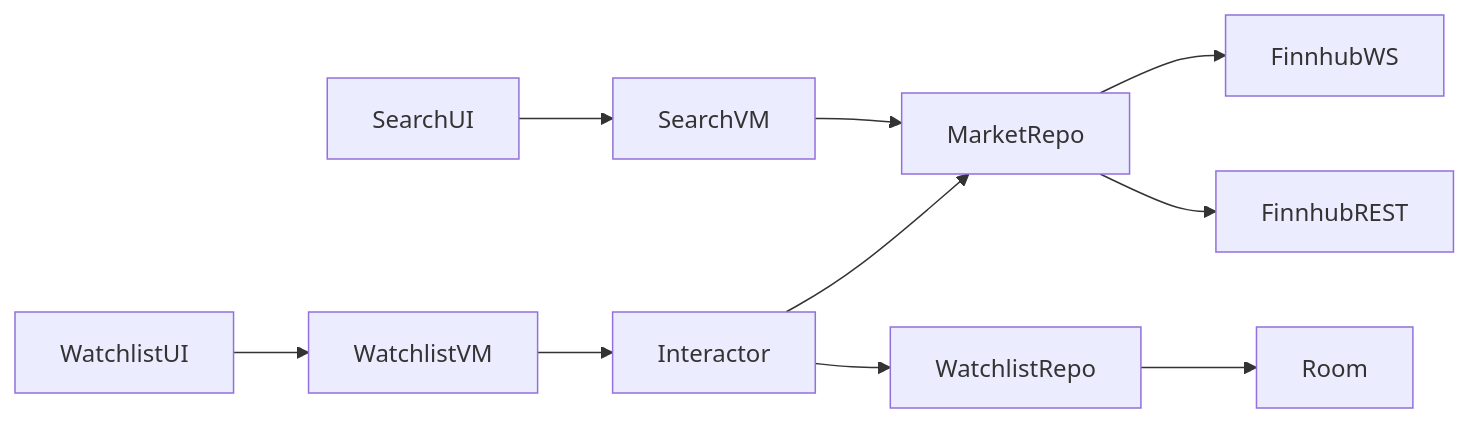
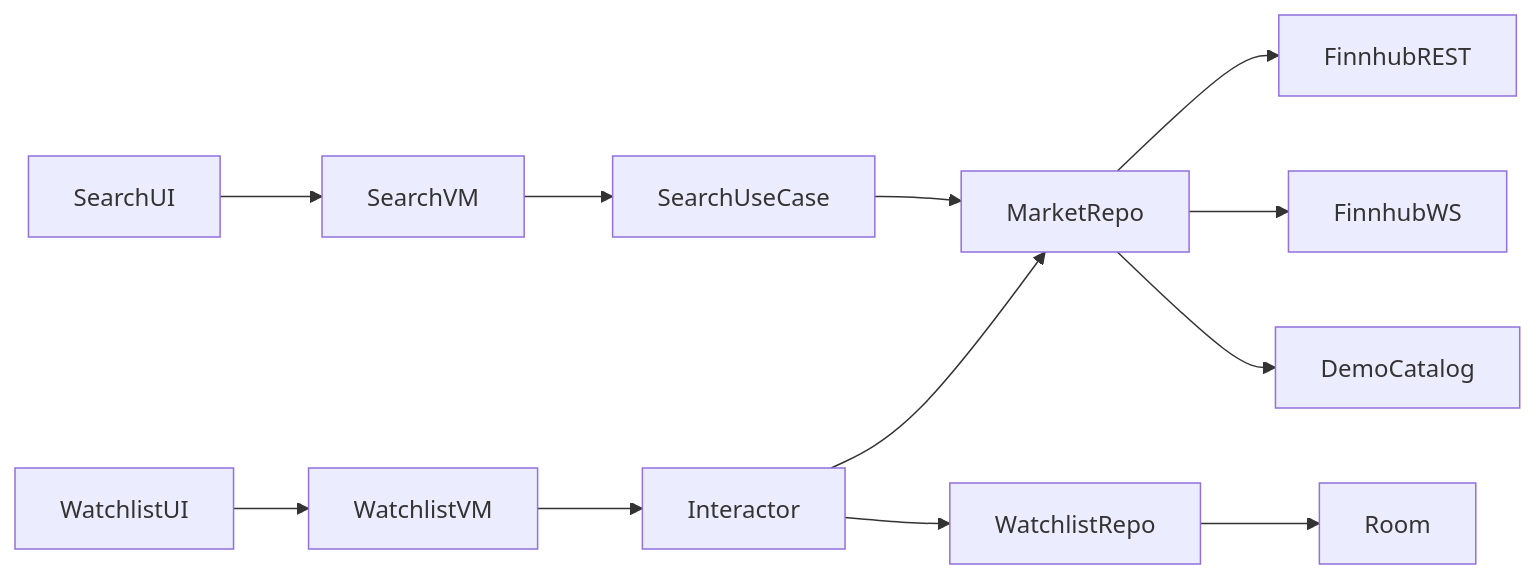
Before and after one commit to chebrolukp/RealTimeWatchlist: the diagram in README.md, drawn with Mermaid. The commit also changed other lines of this file and 12 other files, not shown here.

````diff
--- a/README.md
+++ b/README.md
@@ -53,9 +120,10 @@
 ```mermaid
 flowchart LR
-    SearchUI --> SearchVM --> MarketRepo
+    SearchUI --> SearchVM --> SearchUseCase --> MarketRepo
     WatchlistUI --> WatchlistVM --> Interactor
     Interactor --> WatchlistRepo --> Room
     Interactor --> MarketRepo
     MarketRepo --> FinnhubREST
     MarketRepo --> FinnhubWS
+    MarketRepo --> DemoCatalog
 ```
````
